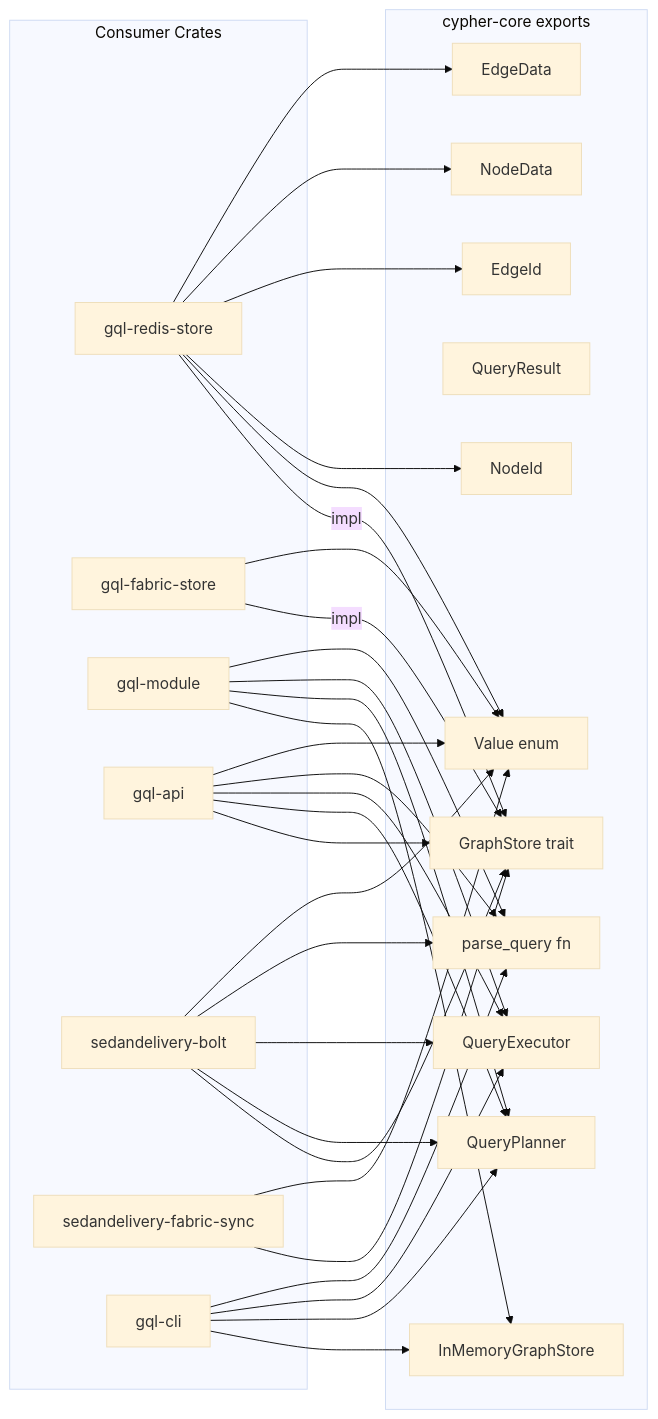
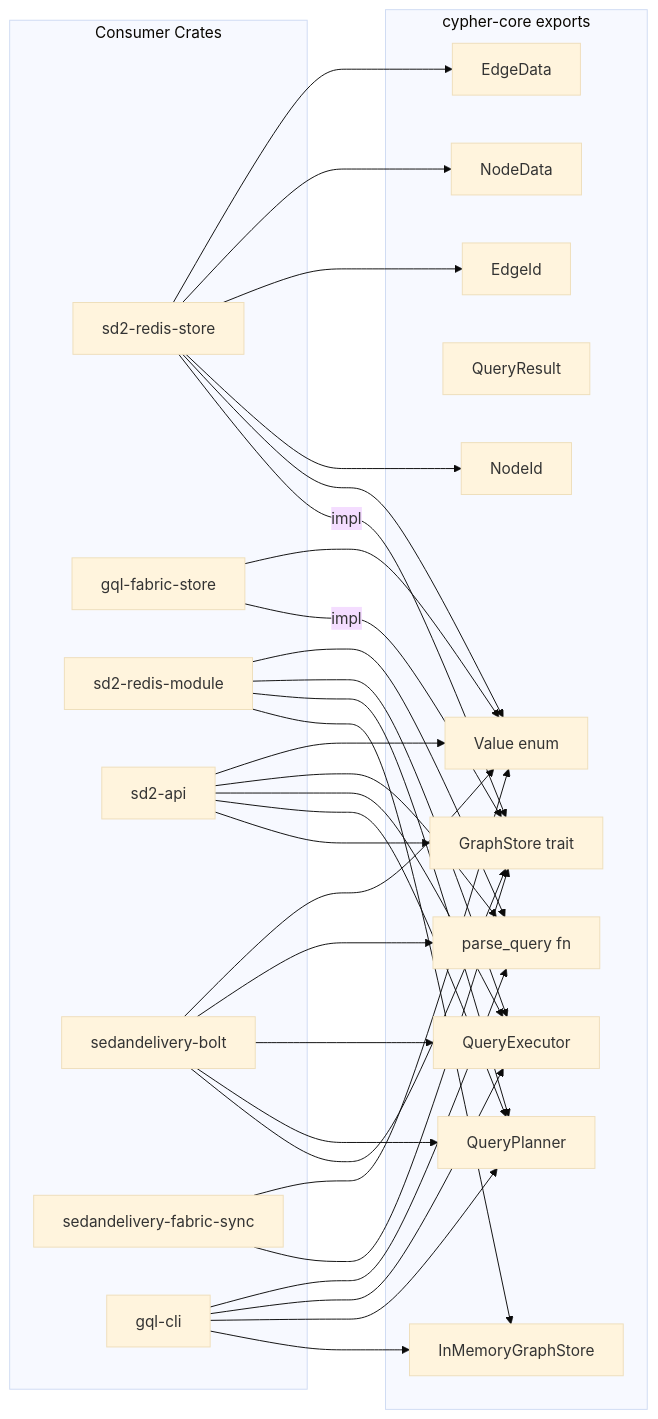
Before and after one commit to rysweet/SedanDelivery: the diagram in docs/atlas/ast-lsp-bindings/symbol-references.mmd, drawn with Mermaid (base theme). The commit also changed 191 other files, not shown here.

First line of the commit message:
refactor: rename gql-module, gql-redis-store, gql-api to sd2- prefix (#1097)

```diff
--- a/docs/atlas/ast-lsp-bindings/symbol-references.mmd
+++ b/docs/atlas/ast-lsp-bindings/symbol-references.mmd
@@ -1,59 +1,59 @@
 graph LR
     subgraph cypher_core_exports["cypher-core exports"]
         GraphStore["GraphStore trait"]
         InMemoryGraphStore["InMemoryGraphStore"]
         Value["Value enum"]
         QueryResult_t["QueryResult"]
         QueryPlanner_t["QueryPlanner"]
         QueryExecutor_t["QueryExecutor"]
         parse_query["parse_query fn"]
         NodeId_t["NodeId"]
         EdgeId_t["EdgeId"]
         NodeData_t["NodeData"]
         EdgeData_t["EdgeData"]
     end
 
     subgraph consumers["Consumer Crates"]
-        redis_store["gql-redis-store"]
+        redis_store["sd2-redis-store"]
         fabric_store["gql-fabric-store"]
-        module["gql-module"]
-        api["gql-api"]
+        module["sd2-redis-module"]
+        api["sd2-api"]
         bolt["sedandelivery-bolt"]
         sync["sedandelivery-fabric-sync"]
         cli["gql-cli"]
     end
 
     redis_store -->|"impl"| GraphStore
     redis_store --> Value
     redis_store --> NodeId_t
     redis_store --> EdgeId_t
     redis_store --> NodeData_t
     redis_store --> EdgeData_t
 
     fabric_store -->|"impl"| GraphStore
     fabric_store --> Value
 
     module --> InMemoryGraphStore
     module --> QueryPlanner_t
     module --> QueryExecutor_t
     module --> parse_query
 
     api --> GraphStore
     api --> QueryPlanner_t
     api --> QueryExecutor_t
     api --> parse_query
     api --> Value
 
     bolt --> GraphStore
     bolt --> QueryPlanner_t
     bolt --> QueryExecutor_t
     bolt --> parse_query
     bolt --> Value
 
     sync --> GraphStore
     sync --> Value
 
     cli --> InMemoryGraphStore
     cli --> QueryPlanner_t
     cli --> QueryExecutor_t
     cli --> parse_query
```
